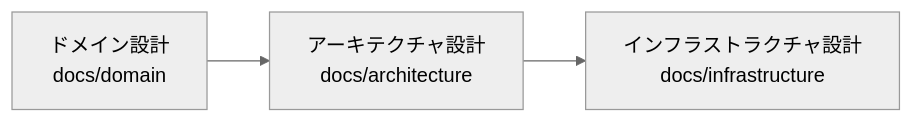
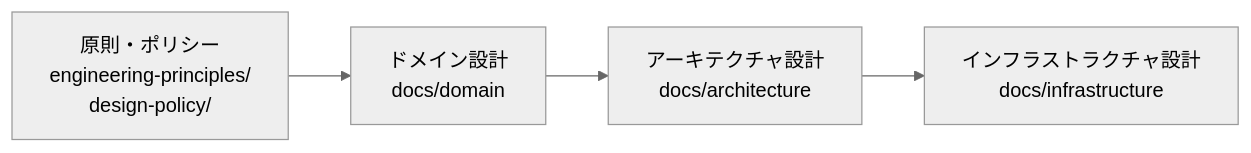
One commit to ojiverse/datawarehouse changed the second of 2 diagrams in README.md. Above: the diagram before and after it, drawn with Mermaid (neutral theme). The commit also changed other lines of this file and 12 other files, not shown here.

First line of the commit message:
docs: import and adapt engineering principles and design policies for DWH

````diff
--- a/README.md
+++ b/README.md
@@ -49,5 +49,6 @@
 ```mermaid
 flowchart LR
-    Domain[ドメイン設計<br>docs/domain] --> Arch[アーキテクチャ設計<br>docs/architecture]
+    Principles[原則・ポリシー<br>engineering-principles/<br>design-policy/] --> Domain[ドメイン設計<br>docs/domain]
+    Domain --> Arch[アーキテクチャ設計<br>docs/architecture]
     Arch --> Infra[インフラストラクチャ設計<br>docs/infrastructure]
 ```
````
